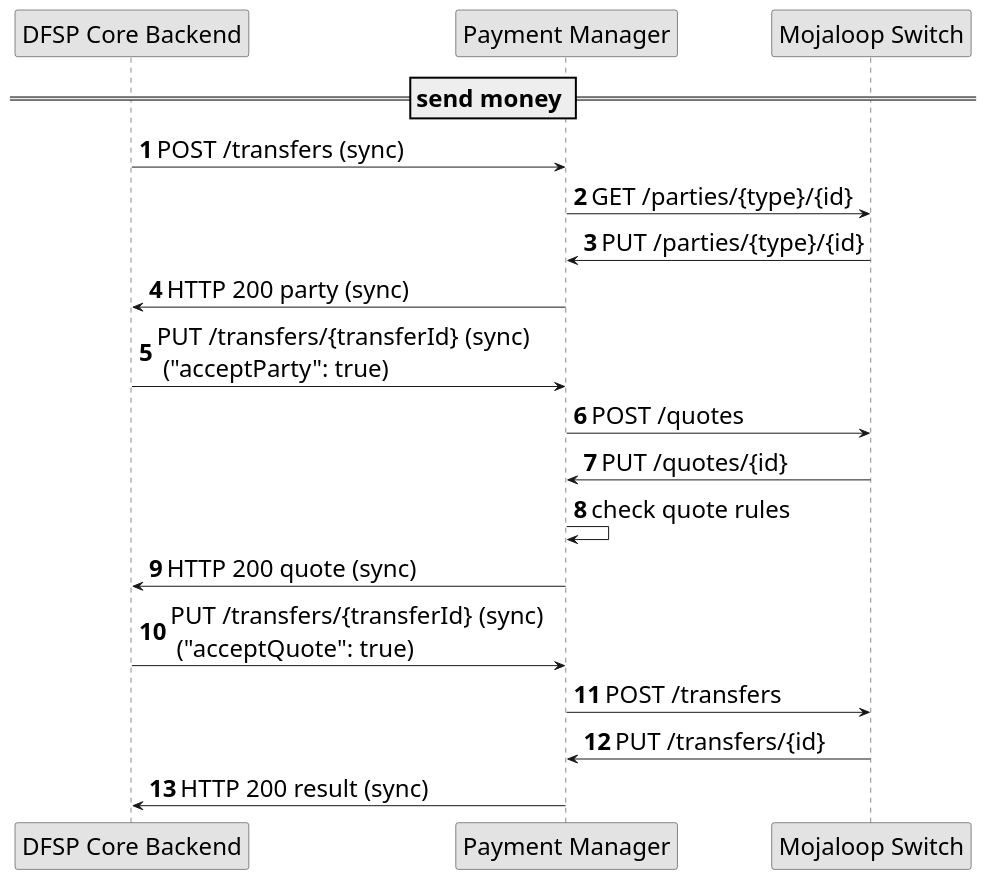
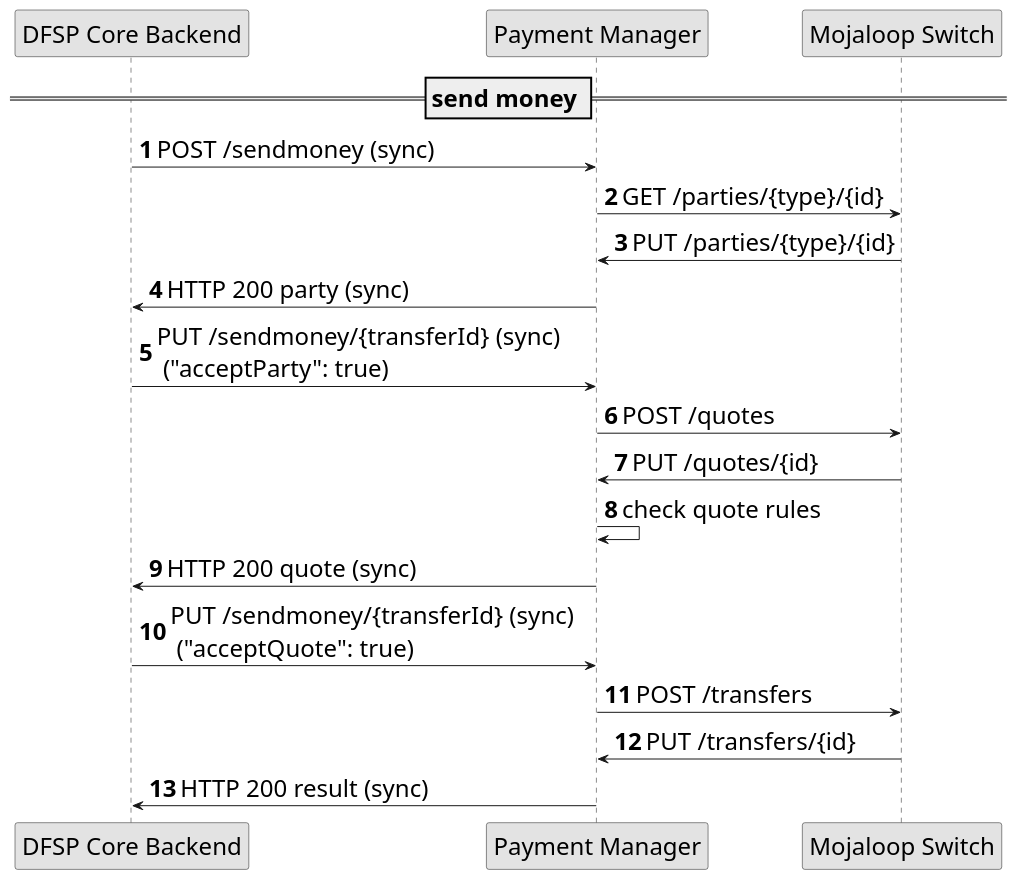
The diagram in modules/api_integration/images/PM4ML_transfer_flow_payer_multistage.plantuml (pm4ml/documents), drawn with PlantUML before and after one commit. The commit also changed 6 other files, not shown here.

```diff
--- a/modules/api_integration/images/PM4ML_transfer_flow_payer_multistage.plantuml
+++ b/modules/api_integration/images/PM4ML_transfer_flow_payer_multistage.plantuml
@@ -1,40 +1,40 @@
 @startuml
 
 autonumber
 skinparam activityFontSize 4
 skinparam activityDiamondFontSize 30
 skinparam activityArrowFontSize 24
 skinparam defaultFontSize 24
 skinparam noteFontSize 24
 skinparam monochrome true
 
 participant "DFSP Core Backend" as backend
 
 participant "Payment Manager" as sob
 
 participant "Mojaloop Switch" as sw
 
 
 == send money ==
 
-    backend -> sob: POST /transfers (sync)
+    backend -> sob: POST /sendmoney (sync)
     
     sob -> sw: GET /parties/{type}/{id}
     sw -> sob: PUT /parties/{type}/{id}
 
     sob -> backend: HTTP 200 party (sync)
-    backend -> sob: PUT /transfers/{transferId} (sync) \n ("acceptParty": true)
+    backend -> sob: PUT /sendmoney/{transferId} (sync) \n ("acceptParty": true)
 
     sob -> sw: POST /quotes
     sw -> sob: PUT /quotes/{id}
     sob -> sob: check quote rules
 
     sob -> backend: HTTP 200 quote (sync)
-    backend -> sob: PUT /transfers/{transferId} (sync) \n ("acceptQuote": true)
+    backend -> sob: PUT /sendmoney/{transferId} (sync) \n ("acceptQuote": true)
 
     sob -> sw: POST /transfers
     sw -> sob: PUT /transfers/{id}
     
     sob -> backend: HTTP 200 result (sync)
 
 @enduml
```
